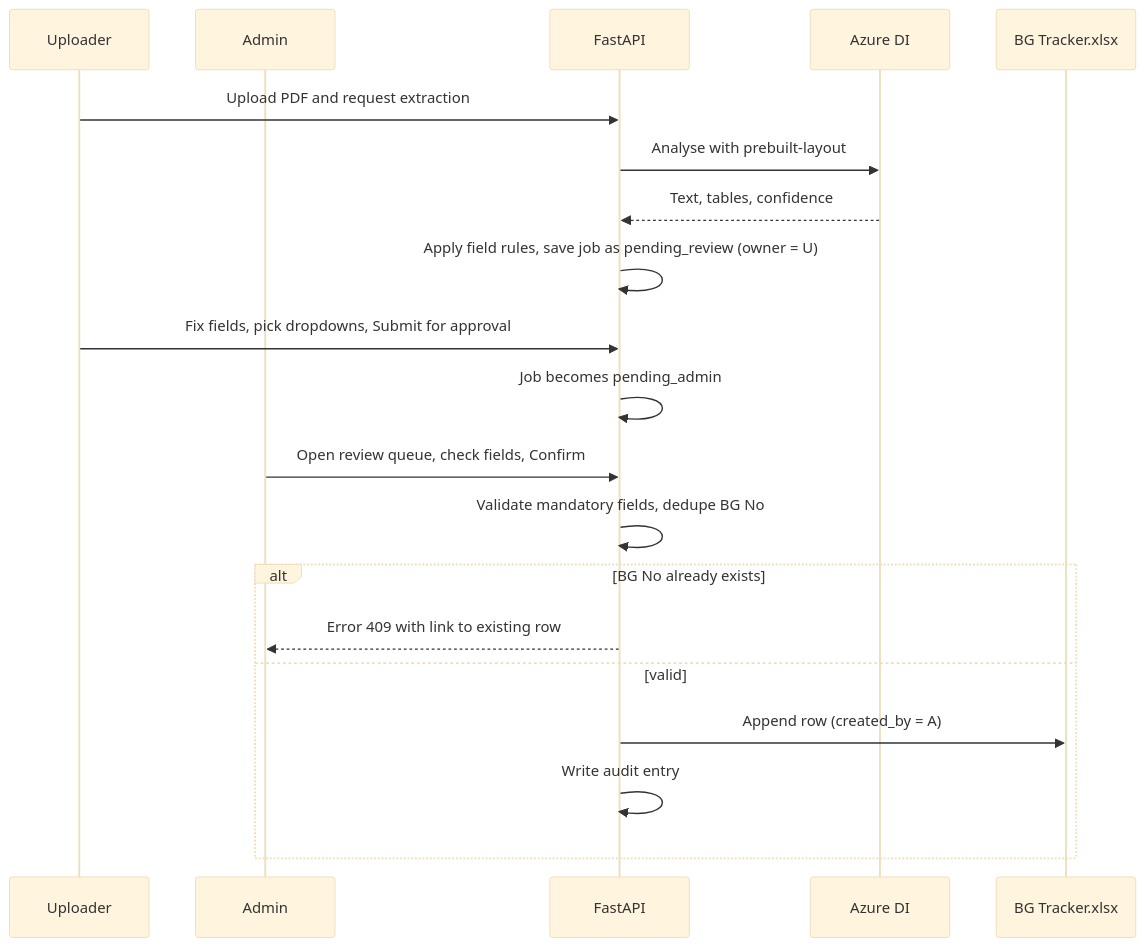
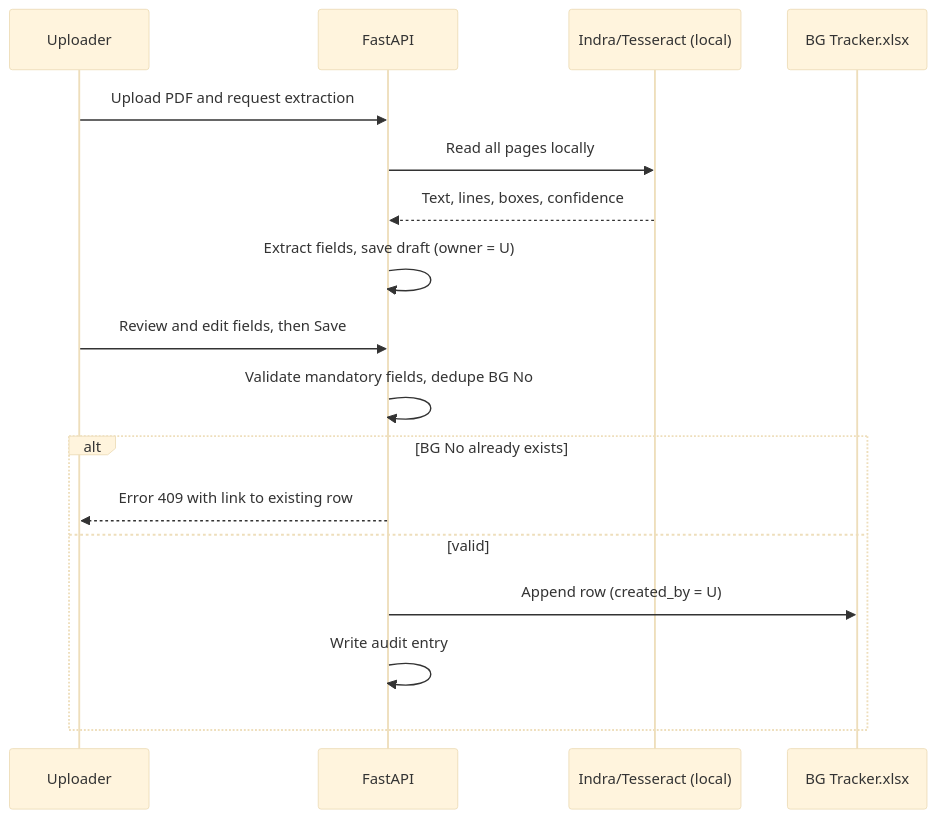
One commit to LaxmiKhilnani-nhit/Bank-Guarantee-Automation changed the first of 4 diagrams in plan/05-flows.md. Above: the diagram before and after it, drawn with Mermaid (base theme). The commit also changed other lines of this file and 58 other files, not shown here.

````diff
--- a/plan/05-flows.md
+++ b/plan/05-flows.md
@@ -25,22 +23,19 @@
 ```mermaid
 sequenceDiagram
   participant U as Uploader
-  participant A as Admin
   participant API as FastAPI
-  participant DI as Azure DI
+  participant OCR as Indra/Tesseract (local)
   participant X as BG Tracker.xlsx
   U->>API: Upload PDF and request extraction
-  API->>DI: Analyse with prebuilt-layout
-  DI-->>API: Text, tables, confidence
-  API->>API: Apply field rules, save job as pending_review (owner = U)
-  U->>API: Fix fields, pick dropdowns, Submit for approval
-  API->>API: Job becomes pending_admin
-  A->>API: Open review queue, check fields, Confirm
+  API->>OCR: Read all pages locally
+  OCR-->>API: Text, lines, boxes, confidence
+  API->>API: Extract fields, save draft (owner = U)
+  U->>API: Review and edit fields, then Save
   API->>API: Validate mandatory fields, dedupe BG No
   alt BG No already exists
-    API-->>A: Error 409 with link to existing row
+    API-->>U: Error 409 with link to existing row
   else valid
-    API->>X: Append row (created_by = A)
+    API->>X: Append row (created_by = U)
     API->>API: Write audit entry
   end
 ```
````
